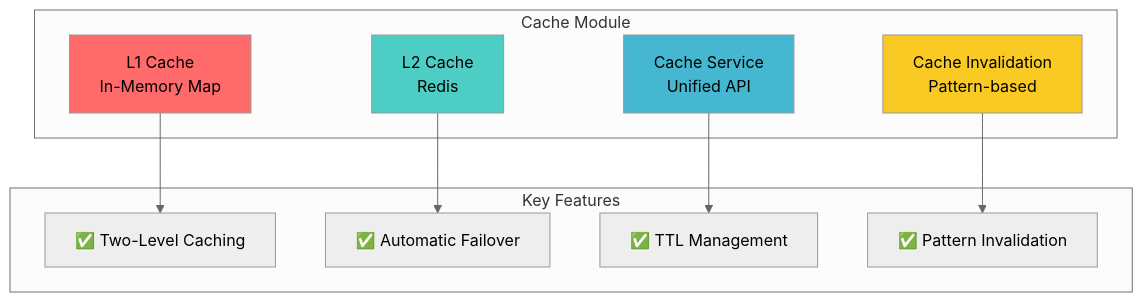
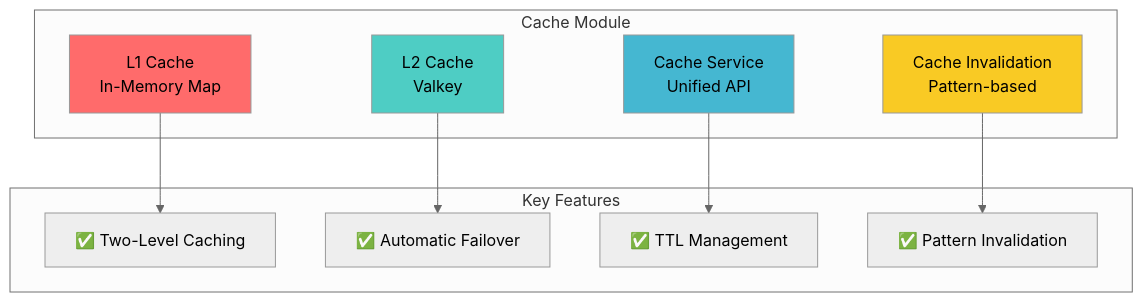
Before and after one commit to telemetryflow/telemetryflow-overview: the first of 8 diagrams in backend/shared/cache.md, drawn with Mermaid (neutral theme). The commit also changed other lines of this file and 23 other files, not shown here.

First line of the commit message:
docs: relabel Redis->Valkey in architecture/diagrams/prose (follow-up sweep)

````diff
--- a/backend/shared/cache.md
+++ b/backend/shared/cache.md
@@ -12,26 +12,26 @@
 ```mermaid
 graph TB
     subgraph "Cache Module"
         A[L1 Cache<br/>In-Memory Map]
-        B[L2 Cache<br/>Redis]
+        B[L2 Cache<br/>Valkey]
         C[Cache Service<br/>Unified API]
         D[Cache Invalidation<br/>Pattern-based]
     end
 
     subgraph "Key Features"
         E[✅ Two-Level Caching]
         F[✅ Automatic Failover]
         G[✅ TTL Management]
         H[✅ Pattern Invalidation]
     end
 
     A --> E
     B --> F
     C --> G
     D --> H
 
     style A fill:#ff6b6b
     style B fill:#4ecdc4
     style C fill:#45b7d1
     style D fill:#f9ca24
 ```
````
